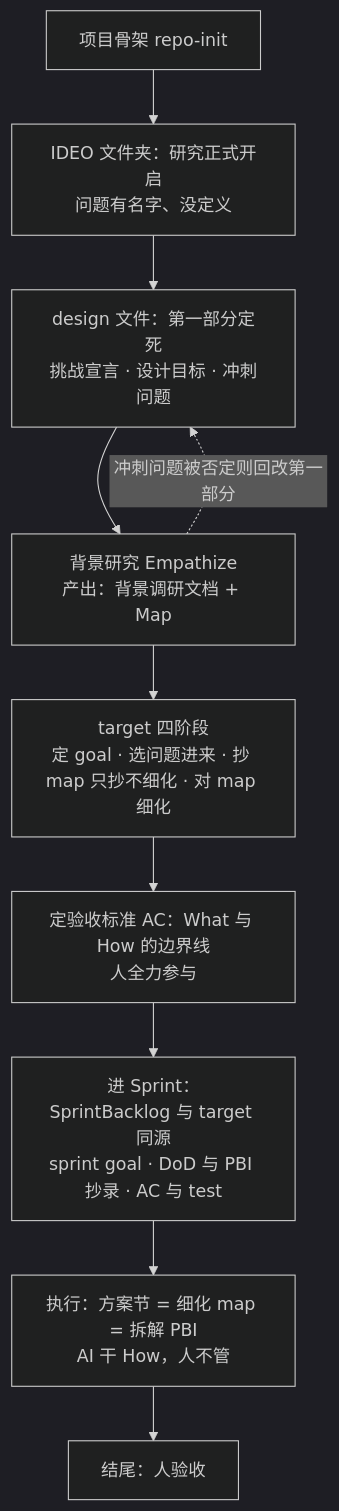
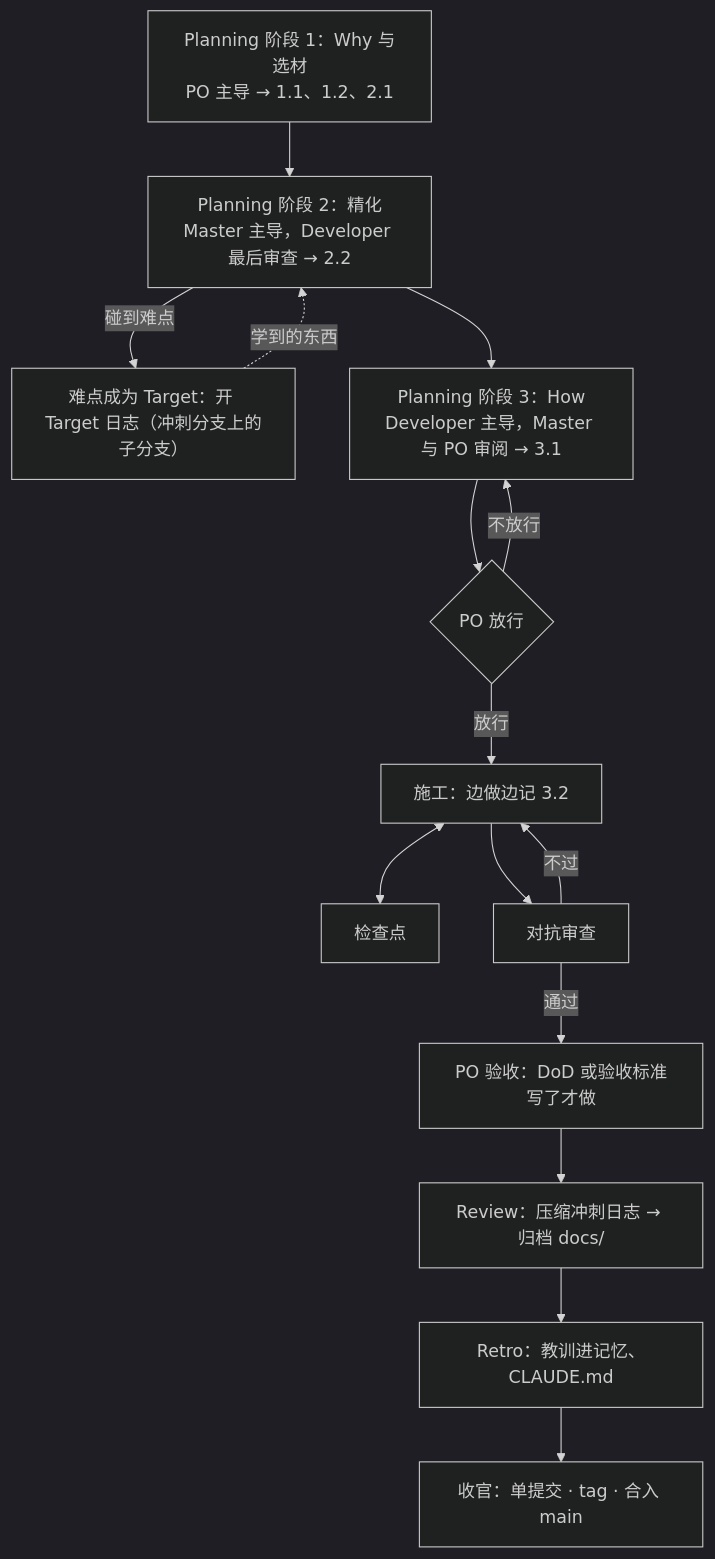
The second of 2 diagrams in scrum/ProductBacklog.md (seapawn1/IDEO-Scrum), drawn with Mermaid (dark theme) before and after one commit. The commit also changed other lines of this file and 7 other files, not shown here.

First line of the commit message:
docs: 产品日志精化——架构 v1 定稿、PBI 改写与重排；撤销 Sprint 08

````diff
--- a/scrum/ProductBacklog.md
+++ b/scrum/ProductBacklog.md
@@ -72,12 +102,17 @@
 ```mermaid
 flowchart TD
-    A["项目骨架 repo-init"] --> B["IDEO 文件夹：研究正式开启<br/>问题有名字、没定义"]
-    B --> C["design 文件：第一部分定死<br/>挑战宣言 · 设计目标 · 冲刺问题"]
-    C --> D["背景研究 Empathize<br/>产出：背景调研文档 + Map"]
-    D -. 冲刺问题被否定则回改第一部分 .-> C
-    D --> E["target 四阶段<br/>定 goal · 选问题进来 · 抄 map 只抄不细化 · 对 map 细化"]
-    E --> F["定验收标准 AC：What 与 How 的边界线<br/>人全力参与"]
-    F --> G["进 Sprint：SprintBacklog 与 target 同源<br/>sprint goal · DoD 与 PBI 抄录 · AC 与 test"]
-    G --> H["执行：方案节 = 细化 map = 拆解 PBI<br/>AI 干 How，人不管"]
-    H --> I["结尾：人验收"]
+    S1["Planning 阶段 1：Why 与选材<br/>PO 主导 → 1.1、1.2、2.1"] --> S2["Planning 阶段 2：精化<br/>Master 主导，Developer 最后审查 → 2.2"]
+    S2 -- "碰到难点" --> T["难点成为 Target：开 Target 日志（冲刺分支上的子分支）"]
+    T -. "学到的东西" .-> S2
+    S2 --> S3["Planning 阶段 3：How<br/>Developer 主导，Master 与 PO 审阅 → 3.1"]
+    S3 --> G{"PO 放行"}
+    G -- "不放行" --> S3
+    G -- "放行" --> C["施工：边做边记 3.2"]
+    C <--> K["检查点"]
+    C --> A["对抗审查"]
+    A -- "不过" --> C
+    A -- "通过" --> V["PO 验收：DoD 或验收标准写了才做"]
+    V --> RV["Review：压缩冲刺日志 → 归档 docs/"]
+    RV --> RT["Retro：教训进记忆、CLAUDE.md"]
+    RT --> CL["收官：单提交 · tag · 合入 main"]
 ```
````
